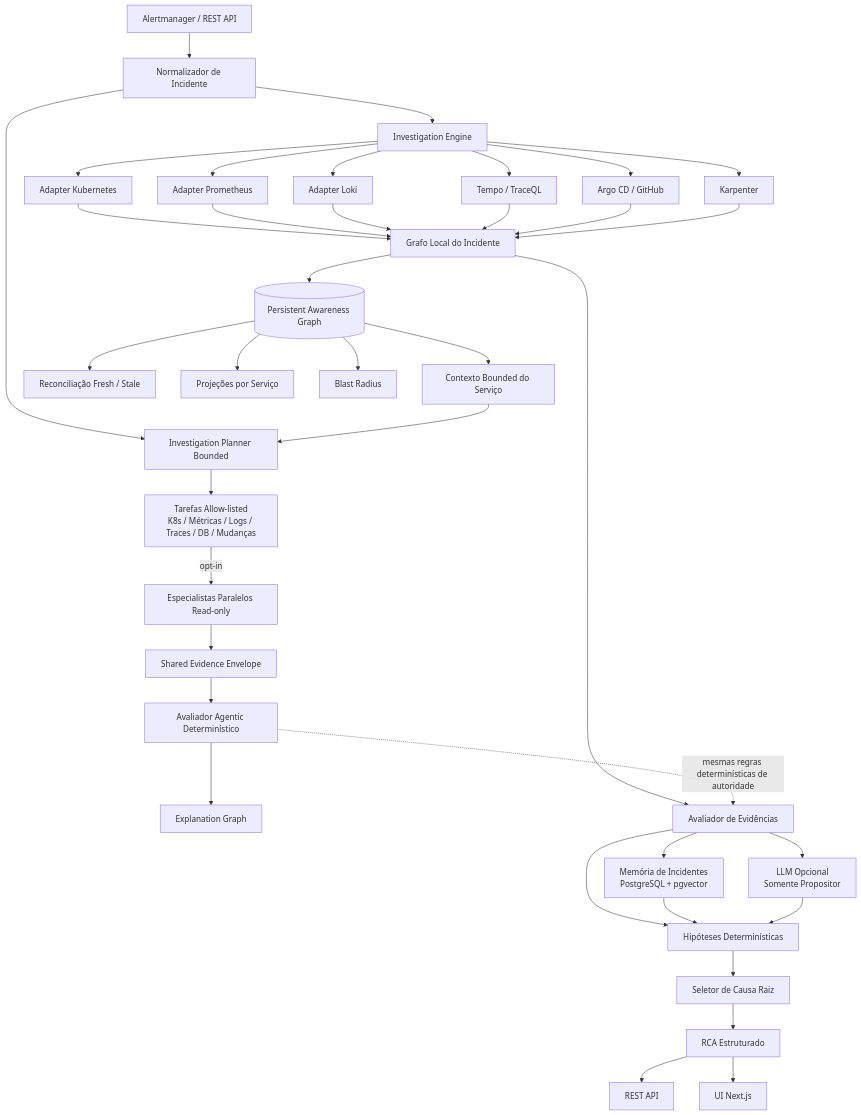
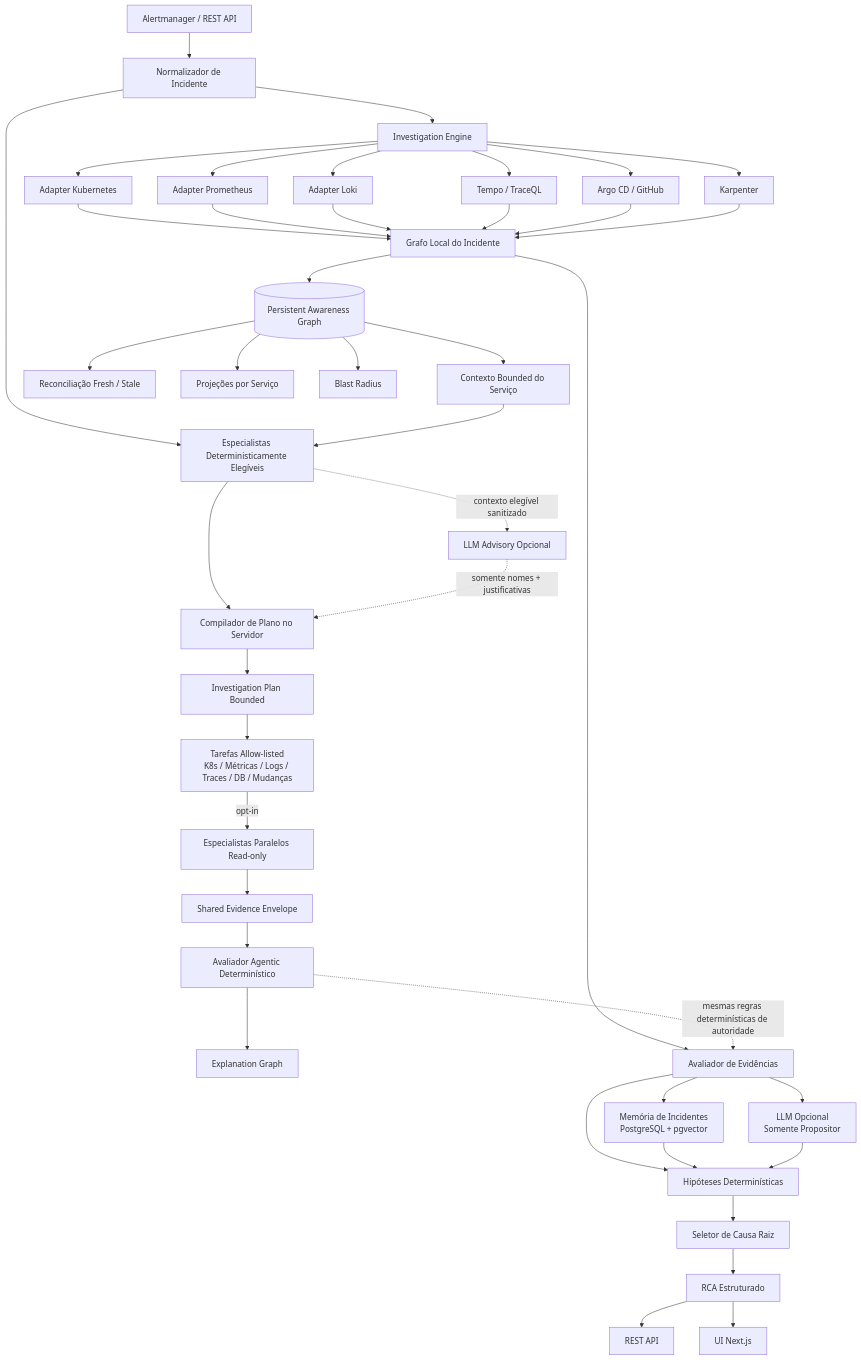
The first of 21 diagrams in docs/architecture.pt-BR.md (marcocristofolini/ai-sre-rca), drawn with Mermaid before and after one commit. The commit also changed other lines of this file, not shown here.

Commit message:
docs: add model planning compiler architecture

````diff
--- a/docs/architecture.pt-BR.md
+++ b/docs/architecture.pt-BR.md
@@ -7,45 +7,49 @@
 ```mermaid
 flowchart TD
     A[Alertmanager / REST API] --> N[Normalizador de Incidente]
-    N --> PLAN[Investigation Planner Bounded]
+    N --> EL[Especialistas Deterministicamente Elegíveis]
     N --> I[Investigation Engine]
 
     PAG[(Persistent Awareness Graph)] --> CTX[Contexto Bounded do Serviço]
-    CTX --> PLAN
+    CTX --> EL
+    EL --> COMP[Compilador de Plano no Servidor]
+    EL -. contexto elegível sanitizado .-> MPL[LLM Advisory Opcional]
+    MPL -. somente nomes + justificativas .-> COMP
+    COMP --> PLAN[Investigation Plan Bounded]
     PLAN --> PT[Tarefas Allow-listed<br/>K8s / Métricas / Logs / Traces / DB / Mudanças]
     PT -->|opt-in| ORCH[Especialistas Paralelos Read-only]
     ORCH --> SE[Shared Evidence Envelope]
     SE --> AE[Avaliador Agentic Determinístico]
     AE --> XG[Explanation Graph]
 
     I --> K[Adapter Kubernetes]
     I --> P[Adapter Prometheus]
     I --> L[Adapter Loki]
     I --> T[Tempo / TraceQL]
     I --> AR[Argo CD / GitHub]
     I --> KA[Karpenter]
 
     K --> LG[Grafo Local do Incidente]
     P --> LG
     L --> LG
     T --> LG
     AR --> LG
     KA --> LG
 
     LG --> EV[Avaliador de Evidências]
     AE -. mesmas regras determinísticas de autoridade .-> EV
     LG --> PAG
     PAG --> REC[Reconciliação Fresh / Stale]
     PAG --> SV[Projeções por Serviço]
     PAG --> BR[Blast Radius]
 
     EV --> H[Hipóteses Determinísticas]
     EV --> MEM[Memória de Incidentes<br/>PostgreSQL + pgvector]
     EV --> LLM[LLM Opcional<br/>Somente Propositor]
     MEM --> H
     LLM --> H
     H --> RC[Seletor de Causa Raiz]
     RC --> RCA[RCA Estruturado]
     RCA --> API[REST API]
     RCA --> UI[UI Next.js]
 ```
````
